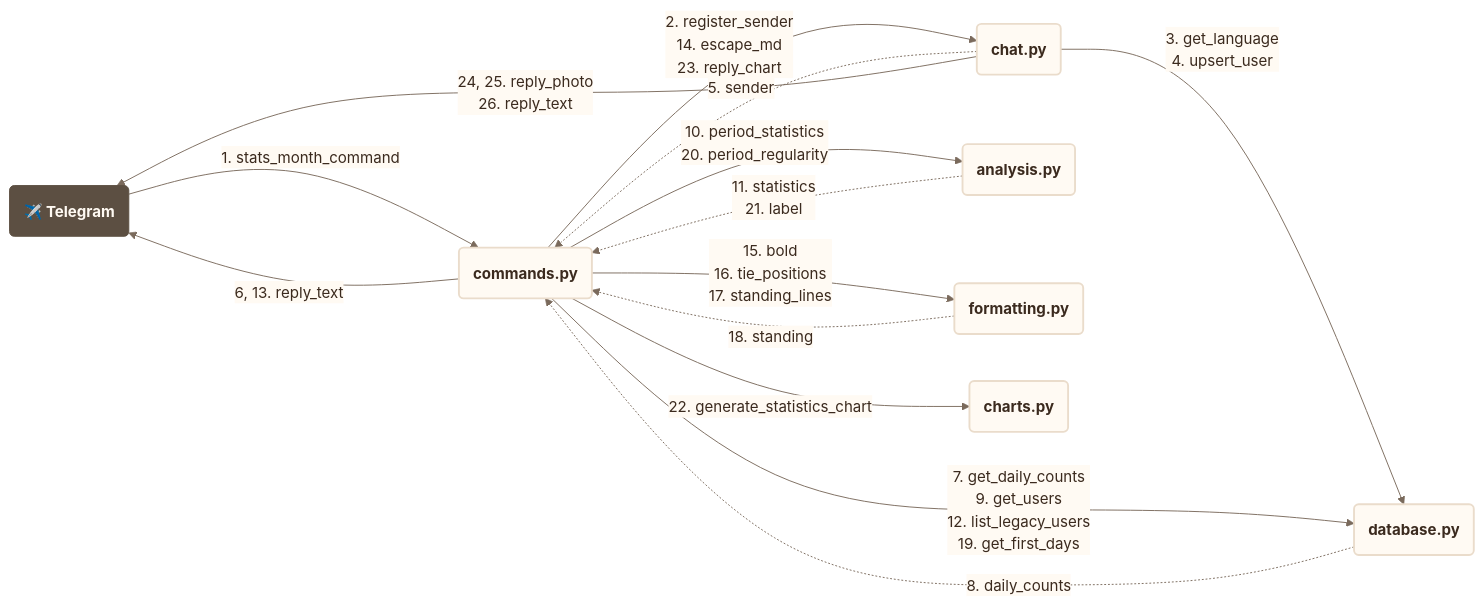
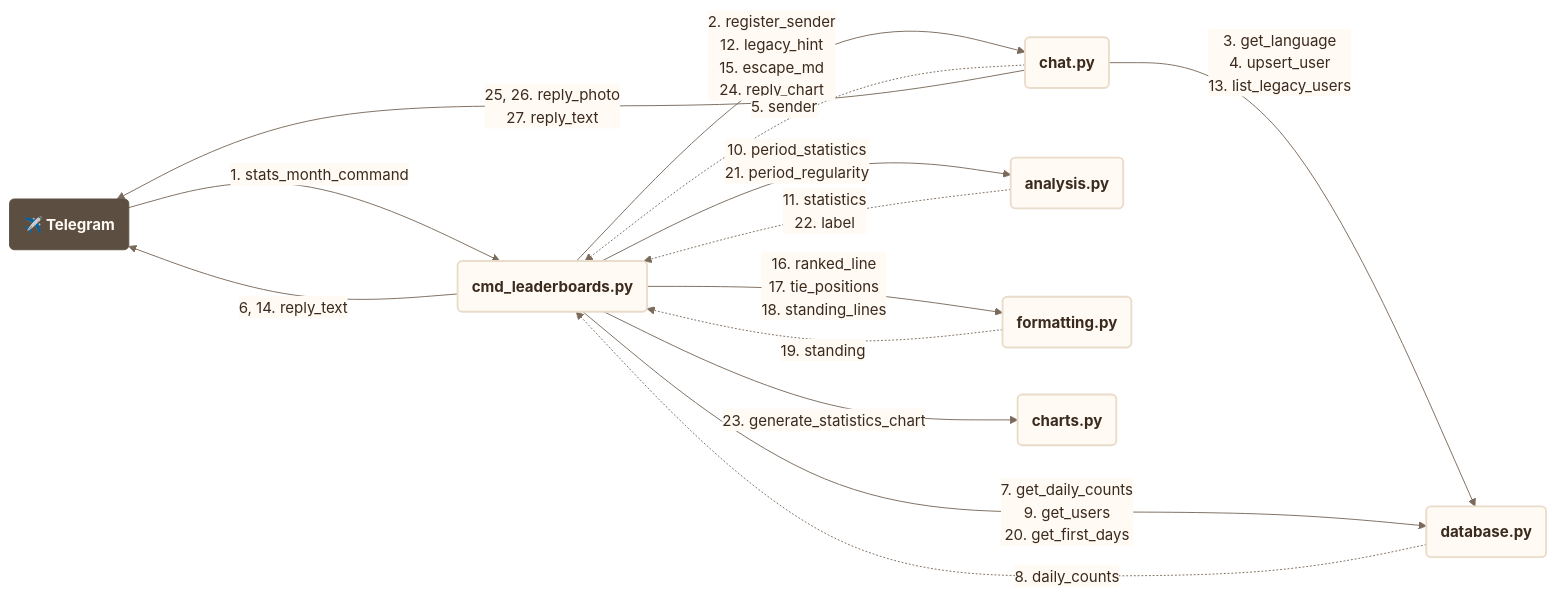
The seventh of 42 diagrams in docs/use_cases.md (francescoperrino/Caccometro), drawn with Mermaid before and after one commit. The commit also changed other lines of this file and 30 other files, not shown here.

````diff
--- a/docs/use_cases.md
+++ b/docs/use_cases.md
@@ -532,61 +528,61 @@
 ```mermaid
 ---
 config:
   theme: base
   themeVariables:
     fontFamily: "Nunito, Segoe UI, Roboto, sans-serif"
     primaryColor: "#fffaf3"
     primaryTextColor: "#3b2a1e"
     primaryBorderColor: "#eadccb"
     secondaryColor: "#f7ecdc"
     tertiaryColor: "#f3e4d0"
     lineColor: "#7a6a5c"
     textColor: "#3b2a1e"
     edgeLabelBackground: "#fffaf3"
     clusterBkg: "#f3e4d0"
     clusterBorder: "#cbbca9"
     titleColor: "#5c4f42"
     noteBkgColor: "#f7ecdc"
     noteTextColor: "#3b2a1e"
     actorBkg: "#fffaf3"
     actorBorder: "#5c4f42"
     actorTextColor: "#3b2a1e"
     signalColor: "#7a6a5c"
     signalTextColor: "#3b2a1e"
     labelBoxBkgColor: "#f3e4d0"
     loopTextColor: "#3b2a1e"
     sequenceNumberColor: "#fffaf3"
     xyChart:
       plotColorPalette: "#2f4f8f"
   flowchart:
     nodeSpacing: 50
     rankSpacing: 160
 ---
 flowchart LR
     accTitle: Communication diagram, /stats_month (/statistiche_mese)
     accDescr: The modules involved, the functions each one calls in another and what comes back, numbered as in the sequence
     telegram("<b>✈️ Telegram</b>")
-    commands("<b>commands.py</b>")
+    cmd_leaderboards("<b>cmd_leaderboards.py</b>")
     chat("<b>chat.py</b>")
     database("<b>database.py</b>")
     analysis("<b>analysis.py</b>")
     formatting("<b>formatting.py</b>")
     charts("<b>charts.py</b>")
-    telegram -->|"1.#nbsp;stats_month_command"| commands
-    commands -->|"2.#nbsp;register_sender<br/>14.#nbsp;escape_md<br/>23.#nbsp;reply_chart"| chat
-    chat -->|"3.#nbsp;get_language<br/>4.#nbsp;upsert_user"| database
-    chat -.->|"5.#nbsp;sender"| commands
-    commands -->|"6, 13.#nbsp;reply_text"| telegram
-    commands -->|"7.#nbsp;get_daily_counts<br/>9.#nbsp;get_users<br/>12.#nbsp;list_legacy_users<br/>19.#nbsp;get_first_days"| database
-    database -.->|"8.#nbsp;daily_counts"| commands
-    commands -->|"10.#nbsp;period_statistics<br/>20.#nbsp;period_regularity"| analysis
-    analysis -.->|"11.#nbsp;statistics<br/>21.#nbsp;label"| commands
-    commands -->|"15.#nbsp;bold<br/>16.#nbsp;tie_positions<br/>17.#nbsp;standing_lines"| formatting
-    formatting -.->|"18.#nbsp;standing"| commands
-    commands -->|"22.#nbsp;generate_statistics_chart"| charts
-    chat -->|"24, 25.#nbsp;reply_photo<br/>26.#nbsp;reply_text"| telegram
+    telegram -->|"1.#nbsp;stats_month_command"| cmd_leaderboards
+    cmd_leaderboards -->|"2.#nbsp;register_sender<br/>12.#nbsp;legacy_hint<br/>15.#nbsp;escape_md<br/>24.#nbsp;reply_chart"| chat
+    chat -->|"3.#nbsp;get_language<br/>4.#nbsp;upsert_user<br/>13.#nbsp;list_legacy_users"| database
+    chat -.->|"5.#nbsp;sender"| cmd_leaderboards
+    cmd_leaderboards -->|"6, 14.#nbsp;reply_text"| telegram
+    cmd_leaderboards -->|"7.#nbsp;get_daily_counts<br/>9.#nbsp;get_users<br/>20.#nbsp;get_first_days"| database
+    database -.->|"8.#nbsp;daily_counts"| cmd_leaderboards
+    cmd_leaderboards -->|"10.#nbsp;period_statistics<br/>21.#nbsp;period_regularity"| analysis
+    analysis -.->|"11.#nbsp;statistics<br/>22.#nbsp;label"| cmd_leaderboards
+    cmd_leaderboards -->|"16.#nbsp;ranked_line<br/>17.#nbsp;tie_positions<br/>18.#nbsp;standing_lines"| formatting
+    formatting -.->|"19.#nbsp;standing"| cmd_leaderboards
+    cmd_leaderboards -->|"23.#nbsp;generate_statistics_chart"| charts
+    chat -->|"25, 26.#nbsp;reply_photo<br/>27.#nbsp;reply_text"| telegram
     classDef step fill:#fffaf3,stroke:#eadccb,stroke-width:2px,color:#3b2a1e
     classDef person fill:#5c4f42,stroke:#5c4f42,color:#fffaf3
-    class commands,chat,database,analysis,formatting,charts step
+    class cmd_leaderboards,chat,database,analysis,formatting,charts step
     class telegram person
 ```
````
